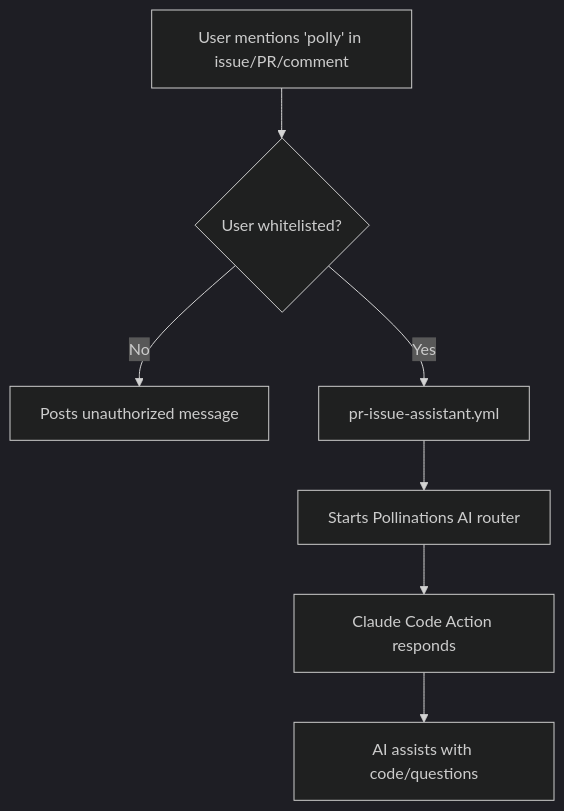
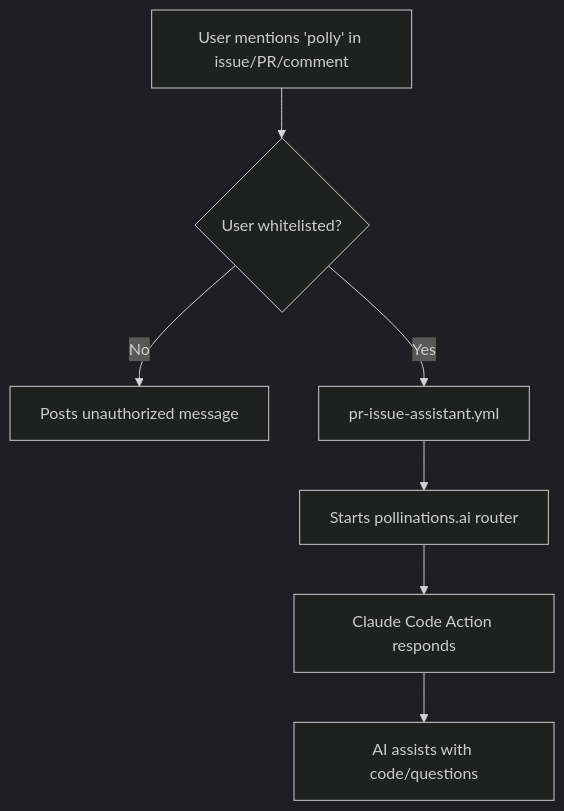
One commit to pollinations/pollinations changed the third of 3 diagrams in .github/docs/TRIAGE.md. Above: the diagram before and after it, drawn with Mermaid. The commit also changed other lines of this file and 13 other files, not shown here.

````diff
--- a/.github/docs/TRIAGE.md
+++ b/.github/docs/TRIAGE.md
@@ -55,10 +55,10 @@
 ```mermaid
 %%{init: {'theme': 'dark'}}%%
 flowchart TD
     A[User mentions 'polly' in issue/PR/comment] --> B{User whitelisted?}
     B -->|No| C[Posts unauthorized message]
     B -->|Yes| D[pr-issue-assistant.yml]
-    D --> E[Starts Pollinations AI router]
+    D --> E[Starts pollinations.ai router]
     E --> F[Claude Code Action responds]
     F --> G[AI assists with code/questions]
 ```
````
